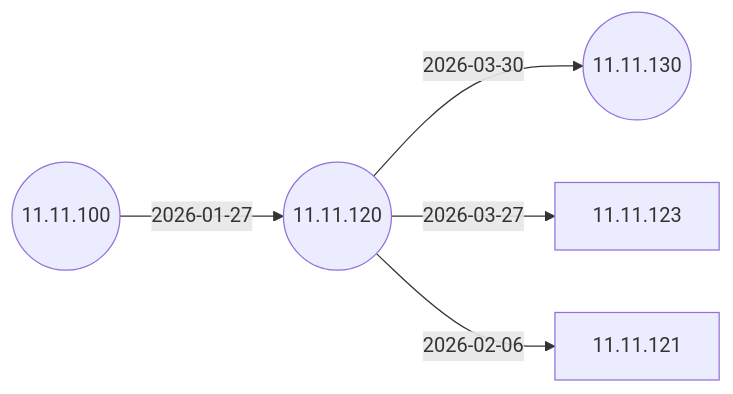
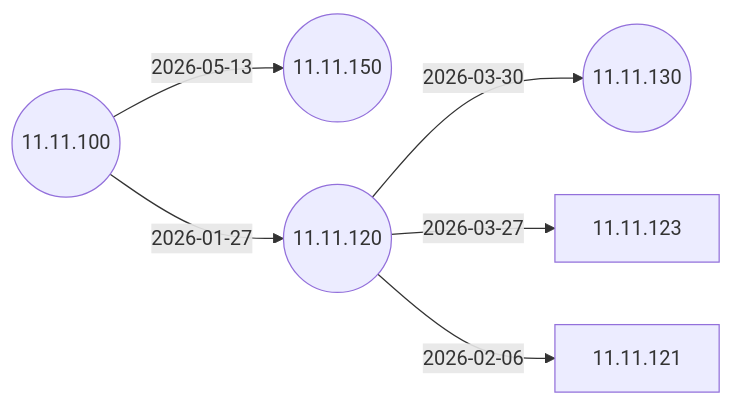
One commit to IGEL-Community/IGEL-Docs-v02 changed the second of 7 diagrams in docs/Docs/ReleaseNotes/01-OS11/README.md. Above: the diagram before and after it, drawn with Mermaid. The commit also changed 2 other files, not shown here.

Commit message:
11.11.150 from 11.11.100 11.11.150 from 11.11.100

````diff
--- a/docs/Docs/ReleaseNotes/01-OS11/README.md
+++ b/docs/Docs/ReleaseNotes/01-OS11/README.md
@@ -42,13 +42,15 @@
 ```mermaid
 flowchart LR
+    11.11.100-- 2026-05-13 -->11.11.150((11.11.150))
     11.11.120-- 2026-03-30 -->11.11.130((11.11.130))
     11.11.120-- 2026-03-27 -->11.11.123
     11.11.120-- 2026-02-06 -->11.11.121
     11.11.100-- 2026-01-27 -->11.11.120((11.11.120))
     11.11.100((11.11.100))
+    click 11.11.150 "https://github.com/IGEL-Community/IGEL-Docs-v02/tree/main/docs/Docs/ReleaseNotes/01-OS11/readme11.11.150.txt" _blank
     click 11.11.130 "https://github.com/IGEL-Community/IGEL-Docs-v02/tree/main/docs/Docs/ReleaseNotes/01-OS11/readme11.11.130.txt" _blank
     click 11.11.123 "https://github.com/IGEL-Community/IGEL-Docs-v02/tree/main/docs/Docs/ReleaseNotes/01-OS11/readme11.11.123.txt" _blank
     click 11.11.121 "https://github.com/IGEL-Community/IGEL-Docs-v02/tree/main/docs/Docs/ReleaseNotes/01-OS11/readme11.11.121.txt" _blank
     click 11.11.120 "https://github.com/IGEL-Community/IGEL-Docs-v02/tree/main/docs/Docs/ReleaseNotes/01-OS11/readme11.11.120.txt" _blank
     click 11.11.100 "https://github.com/IGEL-Community/IGEL-Docs-v02/tree/main/docs/Docs/ReleaseNotes/01-OS11/readme11.11.100.txt" _blank
 ```
````
